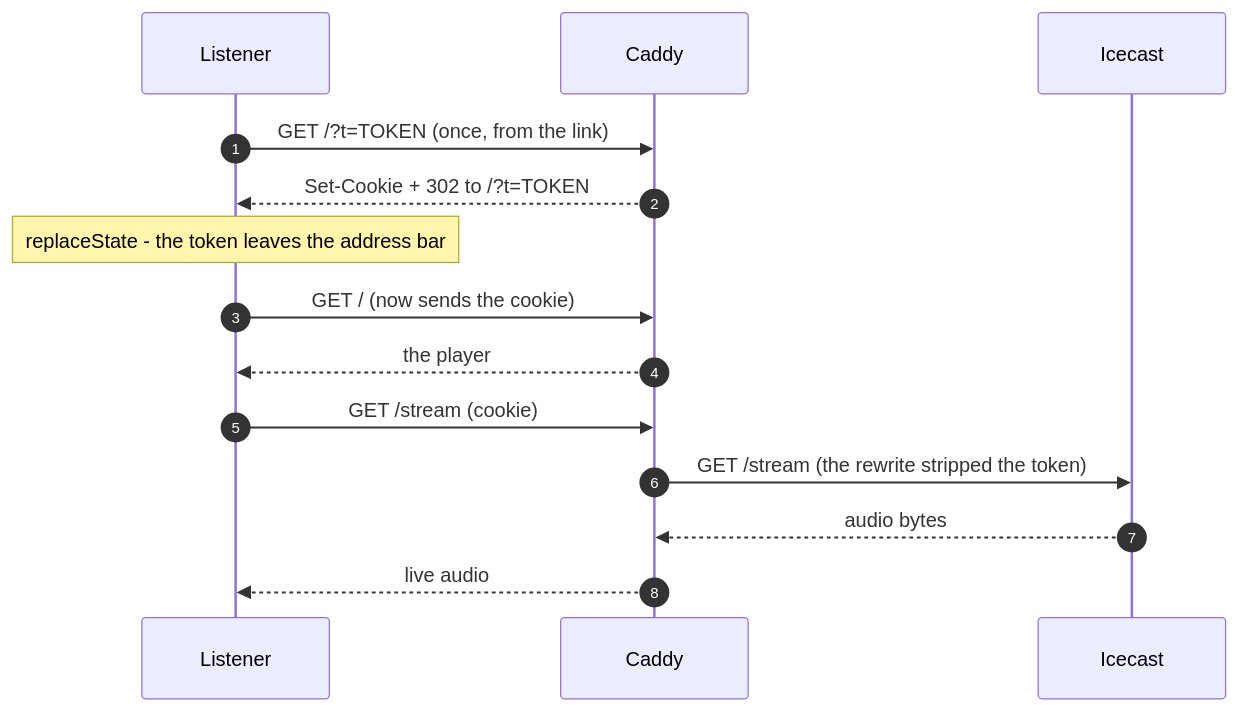
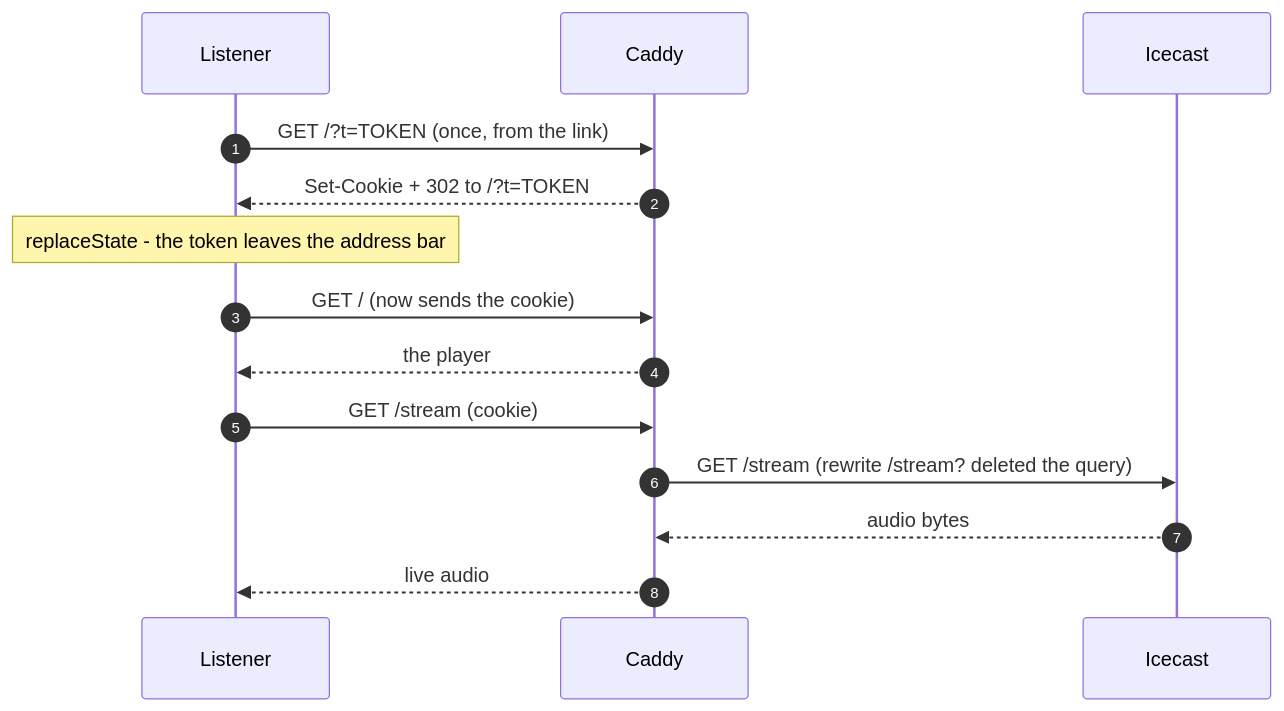
Before and after one commit to The-Replacement/radio: the second of 2 diagrams in README.md, drawn with Mermaid. The commit also changed other lines of this file and 3 other files, not shown here.

````diff
--- a/README.md
+++ b/README.md
@@ -181,17 +181,17 @@
 ```mermaid
 sequenceDiagram
     autonumber
     participant O as Listener
     participant C as Caddy
     participant I as Icecast
 
     O->>C: GET /?t=TOKEN   (once, from the link)
     C-->>O: Set-Cookie + 302 to /?t=TOKEN
     Note over O: replaceState - the token leaves the address bar
     O->>C: GET /   (now sends the cookie)
     C-->>O: the player
     O->>C: GET /stream   (cookie)
-    C->>I: GET /stream   (the rewrite stripped the token)
+    C->>I: GET /stream   (rewrite /stream? deleted the query)
     I-->>C: audio bytes
     C-->>O: live audio
 ```
````
